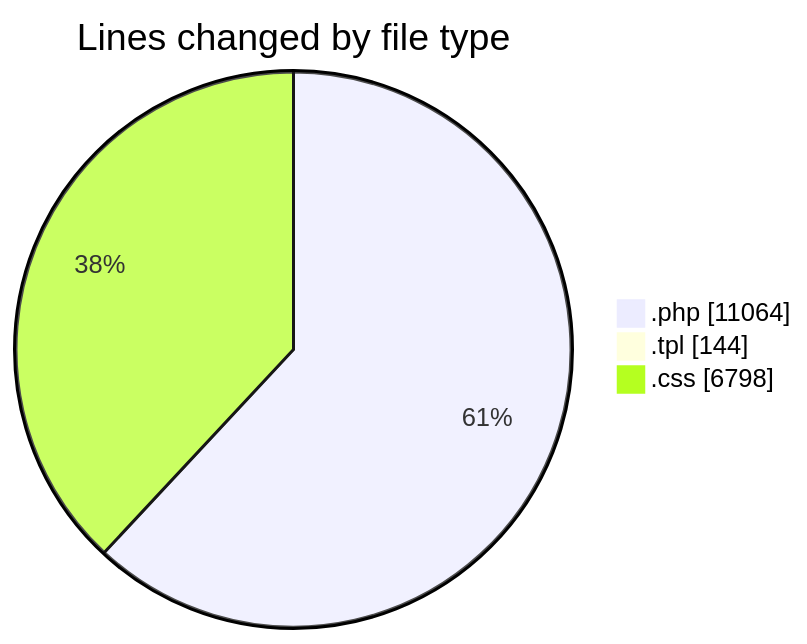
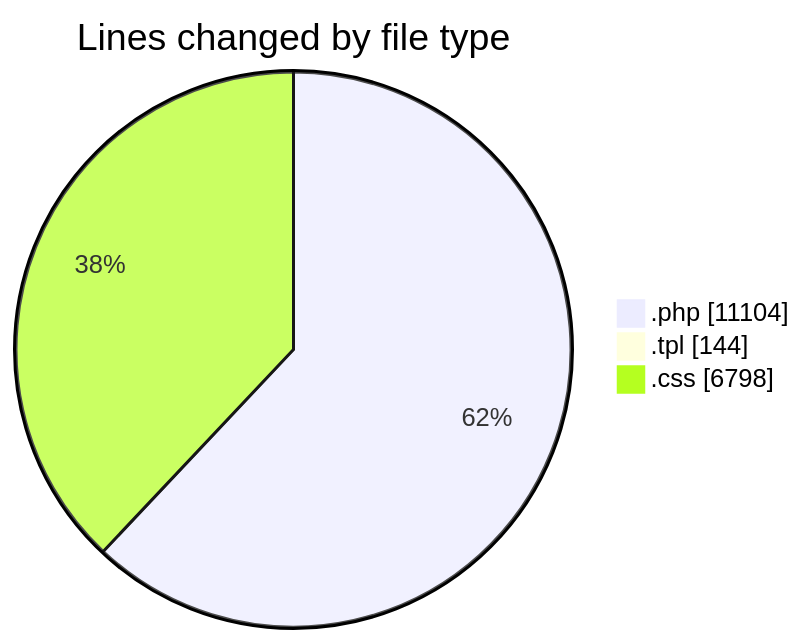
One commit to vahidmafi/code-tracking changed the first of 2 diagrams in 2025-10-04/shop/README.md. Above: the diagram before and after it, drawn with Mermaid. The commit also changed other lines of this file and 1 other file, not shown here.

````diff
--- a/2025-10-04/shop/README.md
+++ b/2025-10-04/shop/README.md
@@ -40,7 +40,7 @@
 ```mermaid
 pie showData
 title Lines changed by file type
-".php" : 11064
+".php" : 11104
 ".tpl" : 144
 ".css" : 6798
 ```
````
